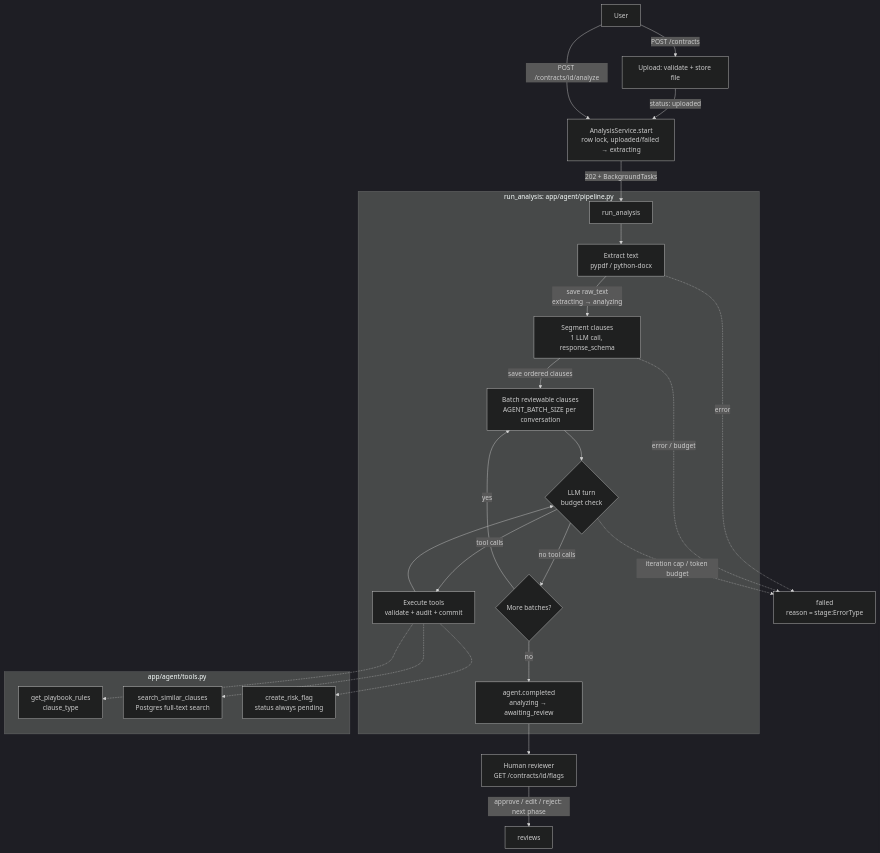
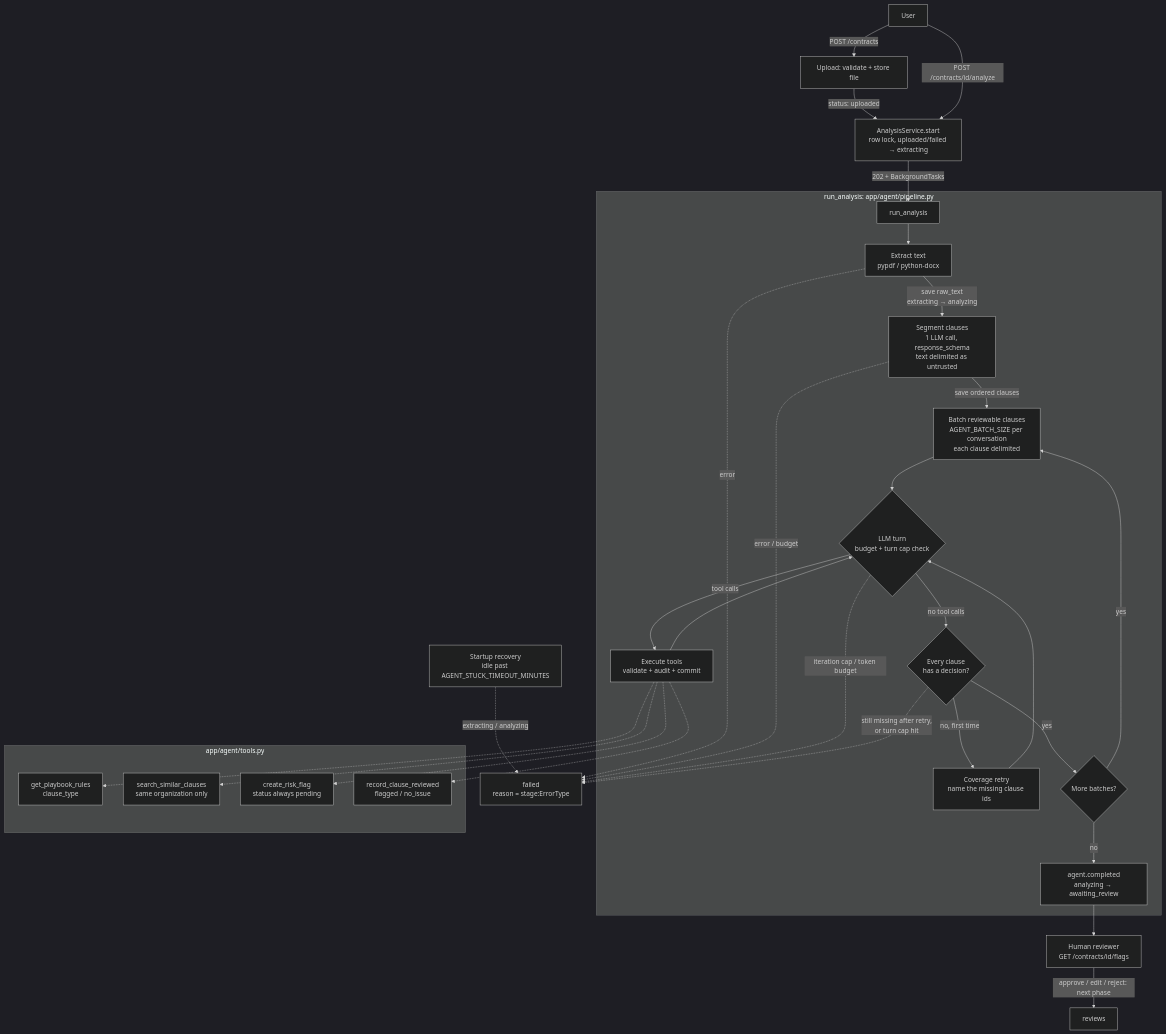
Before and after one commit to rma25/contract-review-agent: the first of 2 diagrams in docs/architecture.md, drawn with Mermaid (dark theme). The commit also changed other lines of this file and 38 other files, not shown here.

````diff
--- a/docs/architecture.md
+++ b/docs/architecture.md
@@ -19,33 +19,39 @@
 ```mermaid
 flowchart TD
     U[User] -->|POST /contracts| UP[Upload: validate + store file]
     UP -->|status: uploaded| A
     U -->|POST /contracts/id/analyze| A[AnalysisService.start<br/>row lock, uploaded/failed → extracting]
     A -->|202 + BackgroundTasks| R[run_analysis]
 
     subgraph Pipeline [run_analysis: app/agent/pipeline.py]
         R --> X[Extract text<br/>pypdf / python-docx]
-        X -->|save raw_text<br/>extracting → analyzing| S[Segment clauses<br/>1 LLM call, response_schema]
-        S -->|save ordered clauses| B[Batch reviewable clauses<br/>AGENT_BATCH_SIZE per conversation]
-        B --> L{LLM turn<br/>budget check}
+        X -->|save raw_text<br/>extracting → analyzing| S[Segment clauses<br/>1 LLM call, response_schema<br/>text delimited as untrusted]
+        S -->|save ordered clauses| B[Batch reviewable clauses<br/>AGENT_BATCH_SIZE per conversation<br/>each clause delimited]
+        B --> L{LLM turn<br/>budget + turn cap check}
         L -->|tool calls| T[Execute tools<br/>validate + audit + commit]
         T --> L
-        L -->|no tool calls| N{More batches?}
+        L -->|no tool calls| C{Every clause<br/>has a decision?}
+        C -->|no, first time| RT[Coverage retry<br/>name the missing clause ids]
+        RT --> L
+        C -->|yes| N{More batches?}
         N -->|yes| B
         N -->|no| DONE[agent.completed<br/>analyzing → awaiting_review]
     end
 
     subgraph Tools [app/agent/tools.py]
         T1[get_playbook_rules<br/>clause_type]
-        T2[search_similar_clauses<br/>Postgres full-text search]
+        T2[search_similar_clauses<br/>same organization only]
         T3[create_risk_flag<br/>status always pending]
+        T4[record_clause_reviewed<br/>flagged / no_issue]
     end
-    T -.-> T1 & T2 & T3
+    T -.-> T1 & T2 & T3 & T4
 
     X -.->|error| F[failed<br/>reason = stage:ErrorType]
     S -.->|error / budget| F
     L -.->|iteration cap / token budget| F
+    C -.->|still missing after retry,<br/>or turn cap hit| F
+    REC[Startup recovery<br/>idle past AGENT_STUCK_TIMEOUT_MINUTES] -.->|extracting / analyzing| F
 
     DONE --> H[Human reviewer<br/>GET /contracts/id/flags]
     H -->|approve / edit / reject: next phase| HR[reviews]
 ```
````
